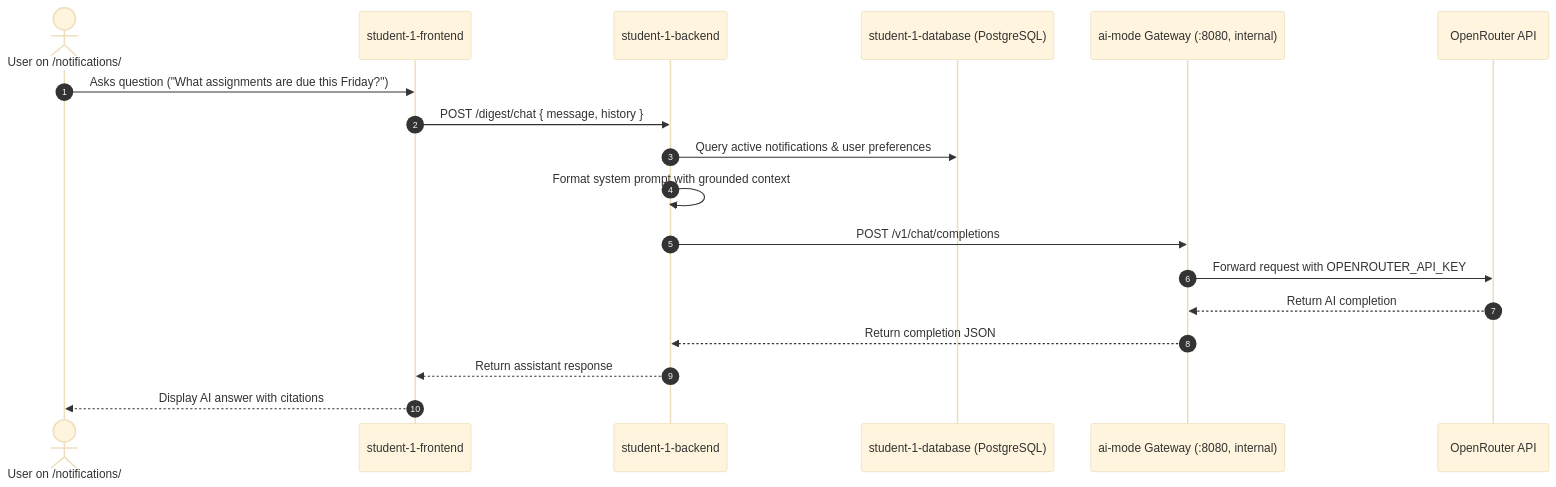
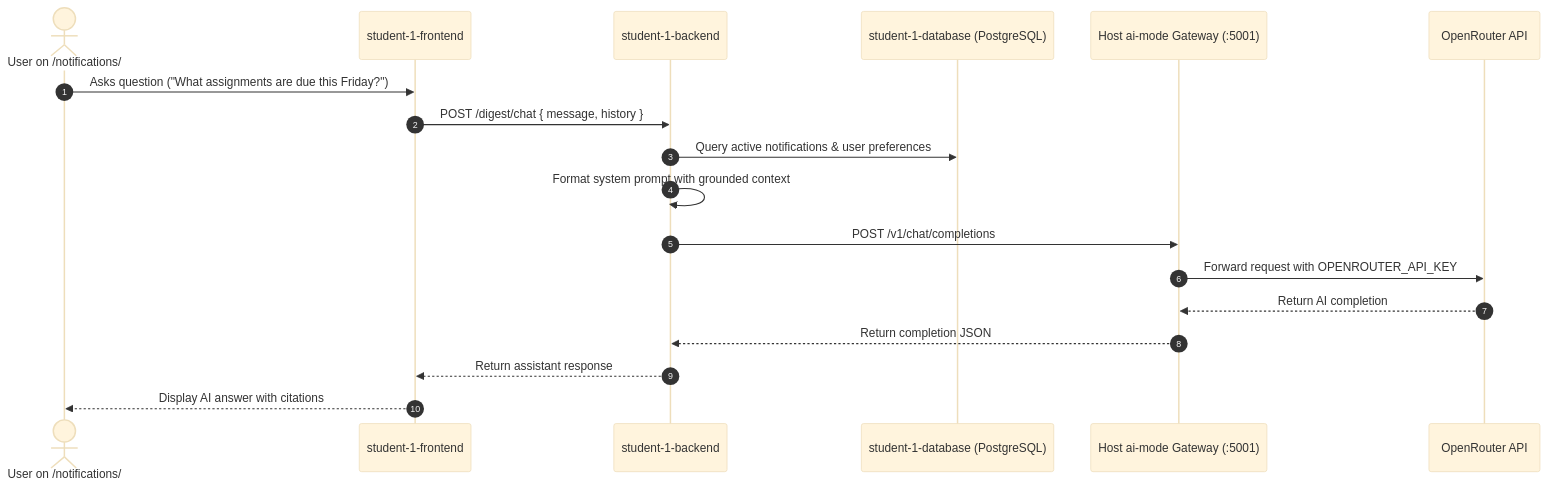
One commit to AmAComputerNerd/41026--software-development-project changed the fourth of 7 diagrams in docs/architecture/data-flows.md. Above: the diagram before and after it, drawn with Mermaid (base theme). The commit also changed other lines of this file and 23 other files, not shown here.

````diff
--- a/docs/architecture/data-flows.md
+++ b/docs/architecture/data-flows.md
@@ -91,21 +91,21 @@
 ```mermaid
 sequenceDiagram
     autonumber
     actor User as User on /notifications/
     participant S1F as student-1-frontend
     participant S1B as student-1-backend
     participant DB as student-1-database (PostgreSQL)
-    participant AIM as ai-mode Gateway (:8080, internal)
+    participant AIM as Host ai-mode Gateway (:5001)
     participant OpenRouter as OpenRouter API
 
     User->>S1F: Asks question ("What assignments are due this Friday?")
     S1F->>S1B: POST /digest/chat { message, history }
     S1B->>DB: Query active notifications & user preferences
     S1B->>S1B: Format system prompt with grounded context
     S1B->>AIM: POST /v1/chat/completions
     AIM->>OpenRouter: Forward request with OPENROUTER_API_KEY
     OpenRouter-->>AIM: Return AI completion
     AIM-->>S1B: Return completion JSON
     S1B-->>S1F: Return assistant response
     S1F-->>User: Display AI answer with citations
 ```
````
